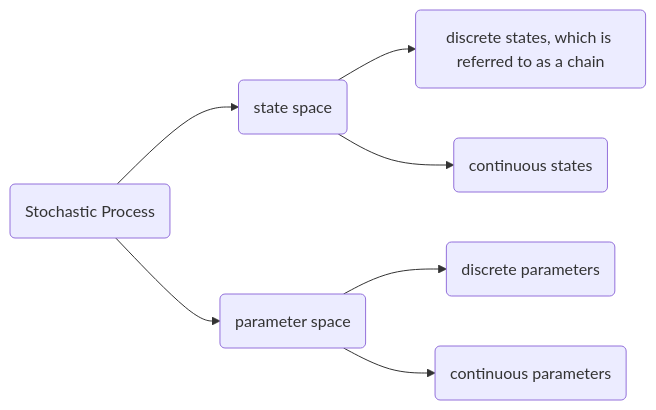
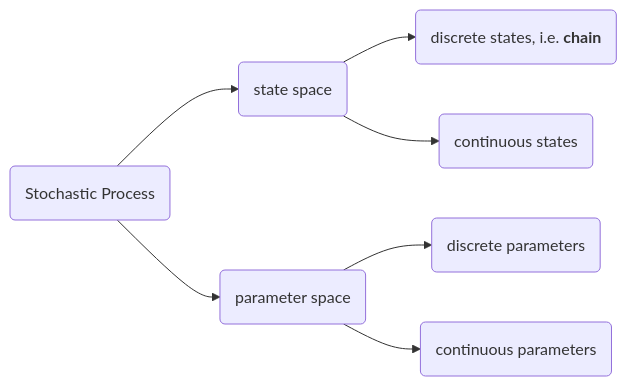
One commit to fischstreicheln/fischstreicheln.github.io changed the first of 2 diagrams in _posts/2018-05-01-markov-chains-introduction.md. Above: the diagram before and after it, drawn with Mermaid. The commit also changed other lines of this file and 3 other files, not shown here.

```diff
--- a/_posts/2018-05-01-markov-chains-introduction.md
+++ b/_posts/2018-05-01-markov-chains-introduction.md
@@ -21,9 +20,9 @@
 <div class="mermaid">
 graph LR;
     A(Stochastic Process)-->B(state space);
     A-->C(parameter space);
-    B-->D(discrete states, which is referred to as a chain);
+    B-->D(discrete states, i.e. <b>chain</b>);
     B-->E(continuous states);
     C-->F(discrete parameters);
     C-->G(continuous parameters);
 </div>
```
